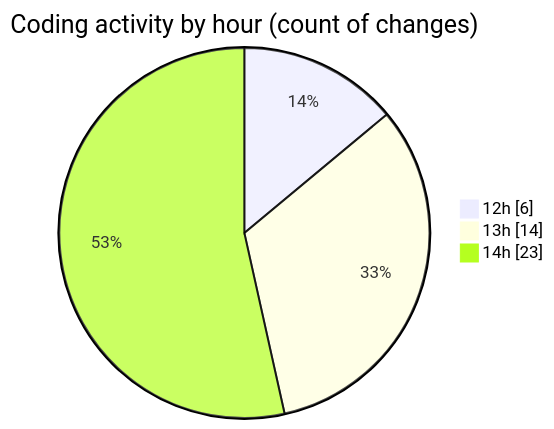
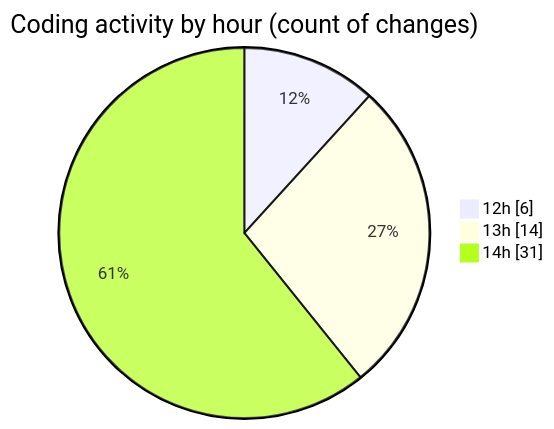
Before and after one commit to momahboobian/code-tracking: the second of 2 diagrams in 2025-02-09/cda/README.md, drawn with Mermaid. The commit also changed other lines of this file and 1 other file, not shown here.

````diff
--- a/2025-02-09/cda/README.md
+++ b/2025-02-09/cda/README.md
@@ -37,7 +37,7 @@
 ```mermaid
 pie showData
 title Coding activity by hour (count of changes)
 "12h" : 6
 "13h" : 14
-"14h" : 23
+"14h" : 31
 ```
````
